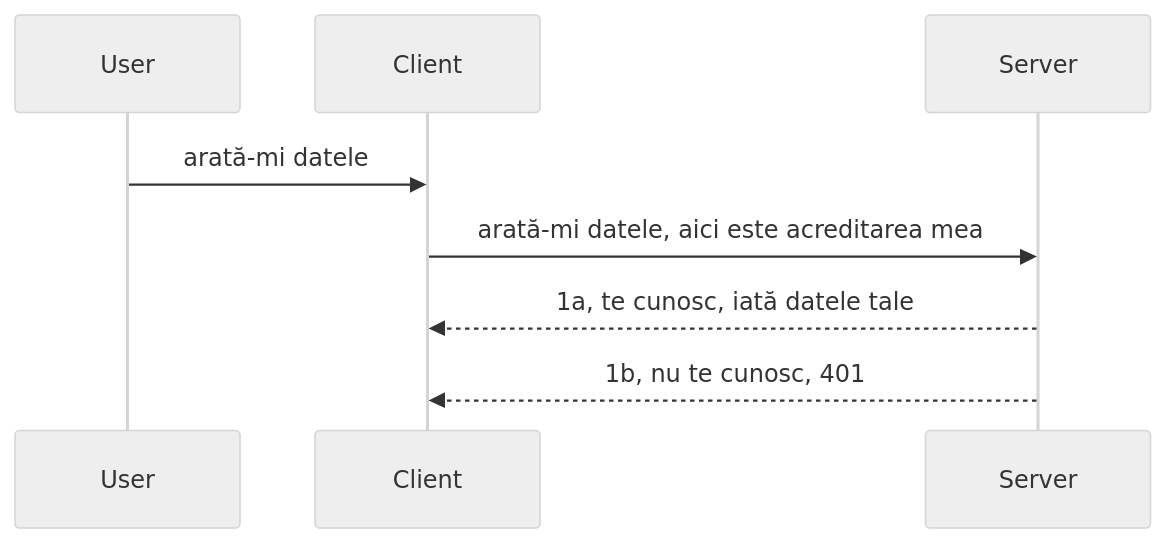
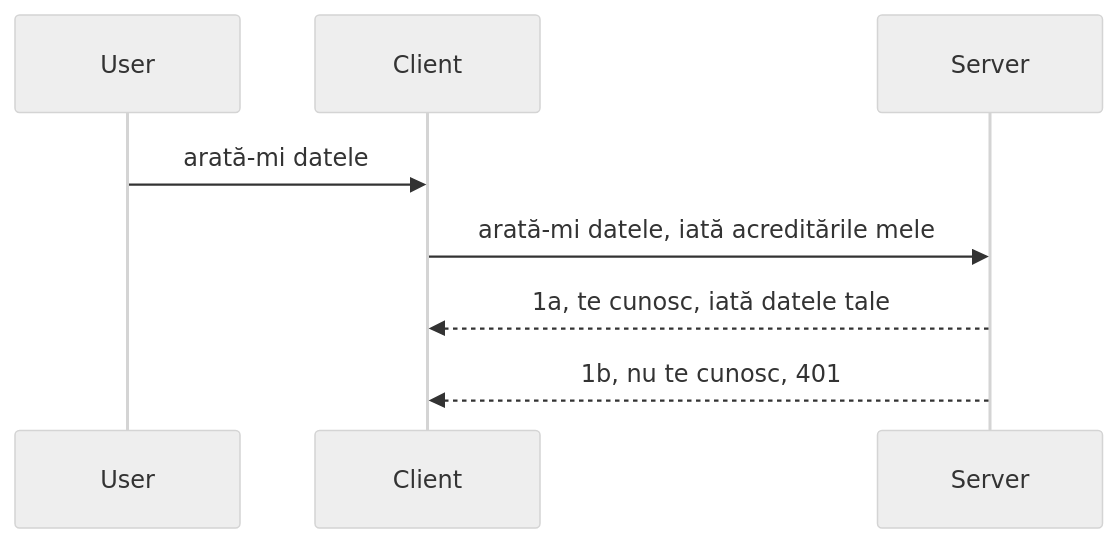
One commit to HIDORAKAI002/ai-workspace-archive changed the diagram in mcp_ecosystem__model_context_protocol/mcp_learning_resources/mcp-for-beginners/translations/ro/03-GettingStarted/11-simple-auth/README.md. Above: the diagram before and after it, drawn with Mermaid (neutral theme). The commit also changed other lines of this file and 1160 other files, not shown here.

````diff
--- a/mcp_ecosystem__model_context_protocol/mcp_learning_resources/mcp-for-beginners/translations/ro/03-GettingStarted/11-simple-auth/README.md
+++ b/mcp_ecosystem__model_context_protocol/mcp_learning_resources/mcp-for-beginners/translations/ro/03-GettingStarted/11-simple-auth/README.md
@@ -24,11 +24,11 @@
 ```mermaid
 sequenceDiagram
    participant User
    participant Client
    participant Server
 
    User->>Client: arată-mi datele
-   Client->>Server: arată-mi datele, aici este acreditarea mea
+   Client->>Server: arată-mi datele, iată acreditările mele
    Server-->>Client: 1a, te cunosc, iată datele tale
    Server-->>Client: 1b, nu te cunosc, 401 
 ```
````
